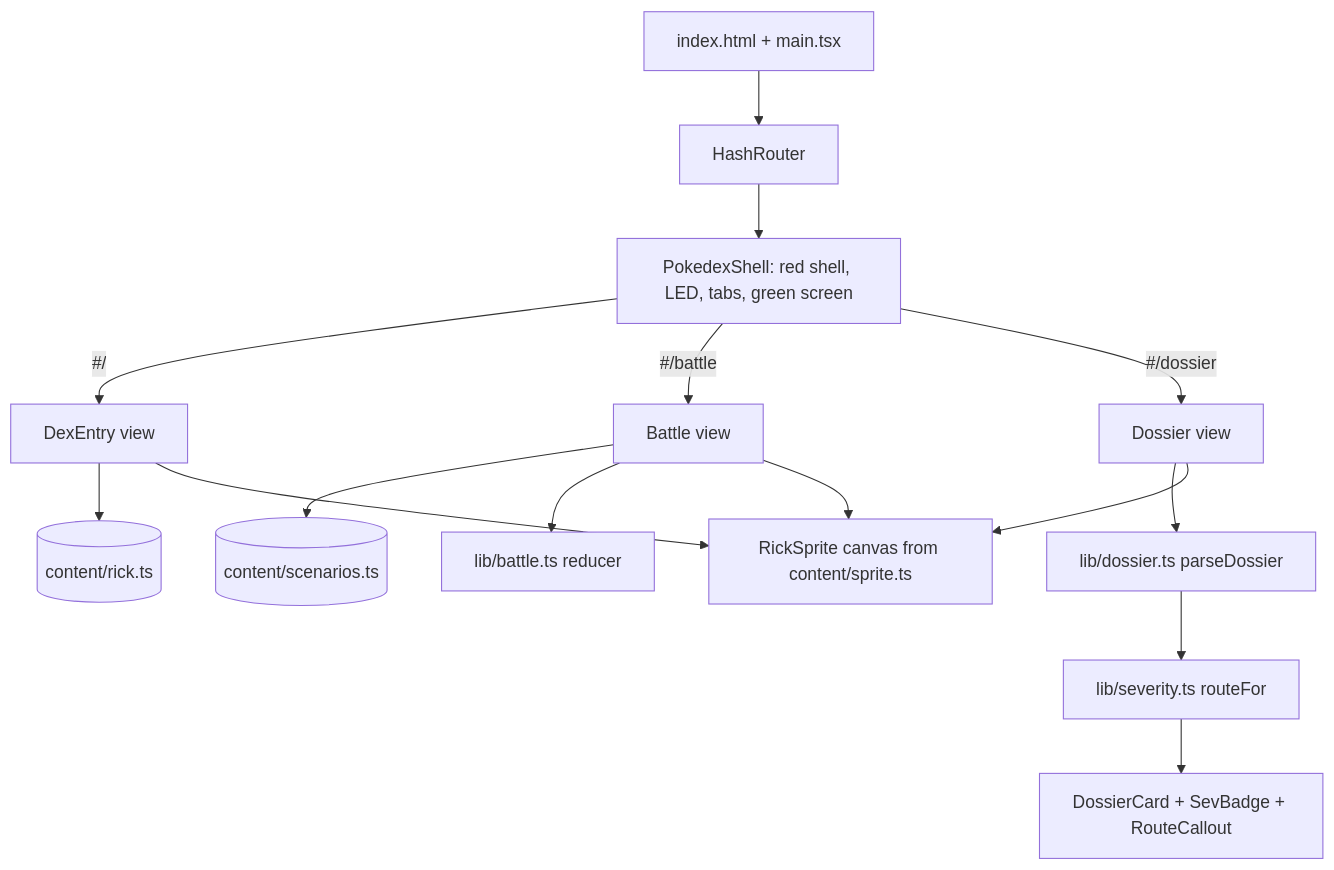
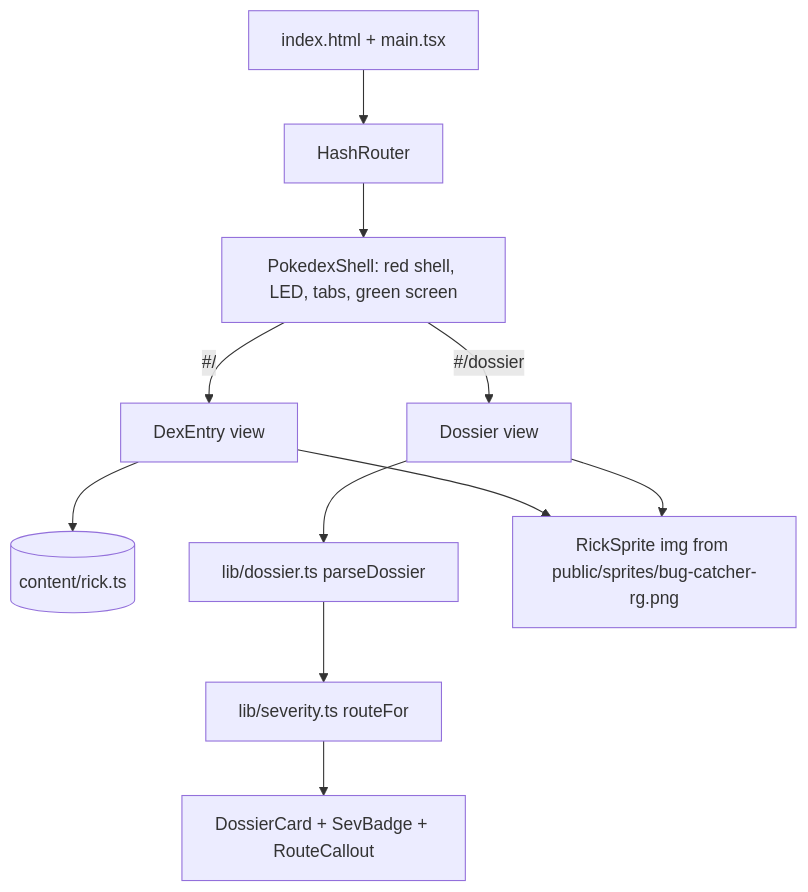
One commit to Sfzmango/bug-catcher-rick changed the first of 3 diagrams in docs/plans/1_bug-catcher-rick-app.md. Above: the diagram before and after it, drawn with Mermaid. The commit also changed other lines of this file and 59 other files, not shown here.

````diff
--- a/docs/plans/1_bug-catcher-rick-app.md
+++ b/docs/plans/1_bug-catcher-rick-app.md
@@ -74,15 +74,12 @@
 ```mermaid
 flowchart TD
     A[index.html + main.tsx] --> B[HashRouter]
     B --> C[PokedexShell: red shell, LED, tabs, green screen]
     C -->|"#/"| D[DexEntry view]
-    C -->|"#/battle"| E[Battle view]
     C -->|"#/dossier"| F[Dossier view]
     D --> G[(content/rick.ts)]
-    E --> H[(content/scenarios.ts)]
-    E --> I[lib/battle.ts reducer]
     F --> J[lib/dossier.ts parseDossier]
     J --> K[lib/severity.ts routeFor]
     K --> L[DossierCard + SevBadge + RouteCallout]
-    D & E & F --> M[RickSprite canvas from content/sprite.ts]
+    D & F --> M[RickSprite img from public/sprites/bug-catcher-rg.png]
 ```
````
